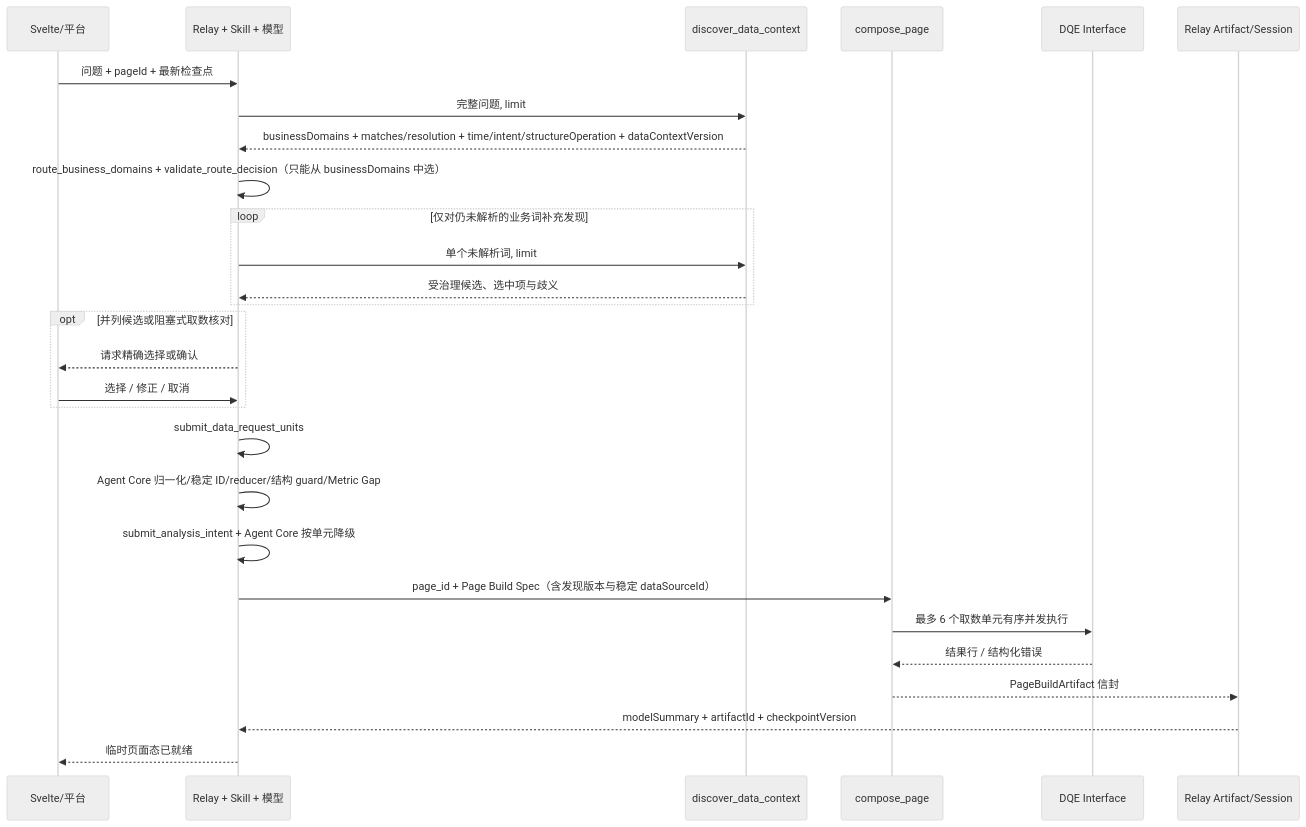
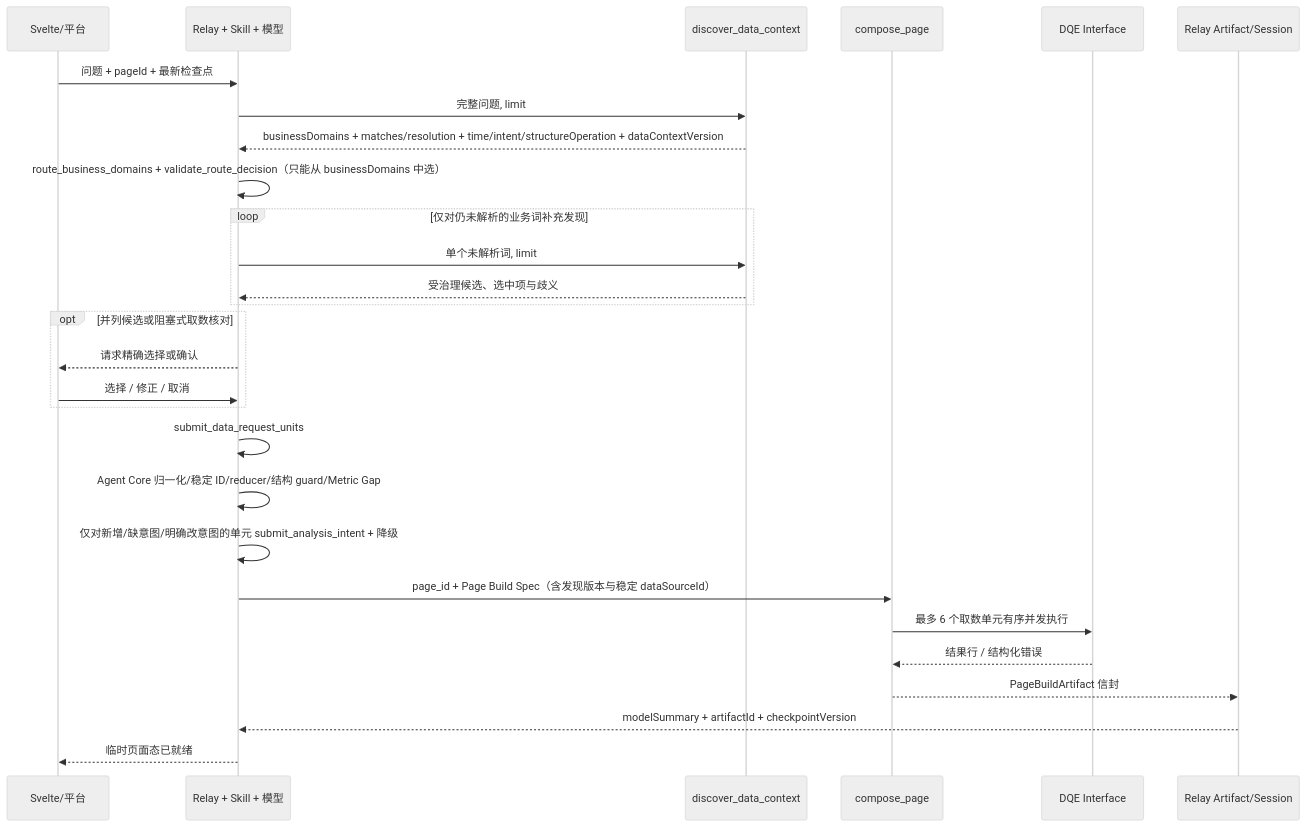
One commit to CCharlesMeng/MetricCanvas changed the second of 3 diagrams in metriccanvas-authoring/ARCHITECTURE.md. Above: the diagram before and after it, drawn with Mermaid (neutral theme). The commit also changed other lines of this file and 5 other files, not shown here.

````diff
--- a/metriccanvas-authoring/ARCHITECTURE.md
+++ b/metriccanvas-authoring/ARCHITECTURE.md
@@ -92,31 +93,31 @@
 ```mermaid
 sequenceDiagram
     participant UI as Svelte/平台
     participant Relay as Relay + Skill + 模型
     participant Discover as discover_data_context
     participant Compose as compose_page
     participant DQE as DQE Interface
     participant Session as Relay Artifact/Session
 
     UI->>Relay: 问题 + pageId + 最新检查点
     Relay->>Discover: 完整问题, limit
     Discover-->>Relay: businessDomains + matches/resolution + time/intent/structureOperation + dataContextVersion
     Relay->>Relay: route_business_domains + validate_route_decision（只能从 businessDomains 中选）
     loop 仅对仍未解析的业务词补充发现
         Relay->>Discover: 单个未解析词, limit
         Discover-->>Relay: 受治理候选、选中项与歧义
     end
     opt 并列候选或阻塞式取数核对
         Relay-->>UI: 请求精确选择或确认
         UI->>Relay: 选择 / 修正 / 取消
     end
     Relay->>Relay: submit_data_request_units
     Relay->>Relay: Agent Core 归一化/稳定 ID/reducer/结构 guard/Metric Gap
-    Relay->>Relay: submit_analysis_intent + Agent Core 按单元降级
+    Relay->>Relay: 仅对新增/缺意图/明确改意图的单元 submit_analysis_intent + 降级
     Relay->>Compose: page_id + Page Build Spec（含发现版本与稳定 dataSourceId）
     Compose->>DQE: 最多 6 个取数单元有序并发执行
     DQE-->>Compose: 结果行 / 结构化错误
     Compose-->>Session: PageBuildArtifact 信封
     Session-->>Relay: modelSummary + artifactId + checkpointVersion
     Relay-->>UI: 临时页面态已就绪
 ```
````
